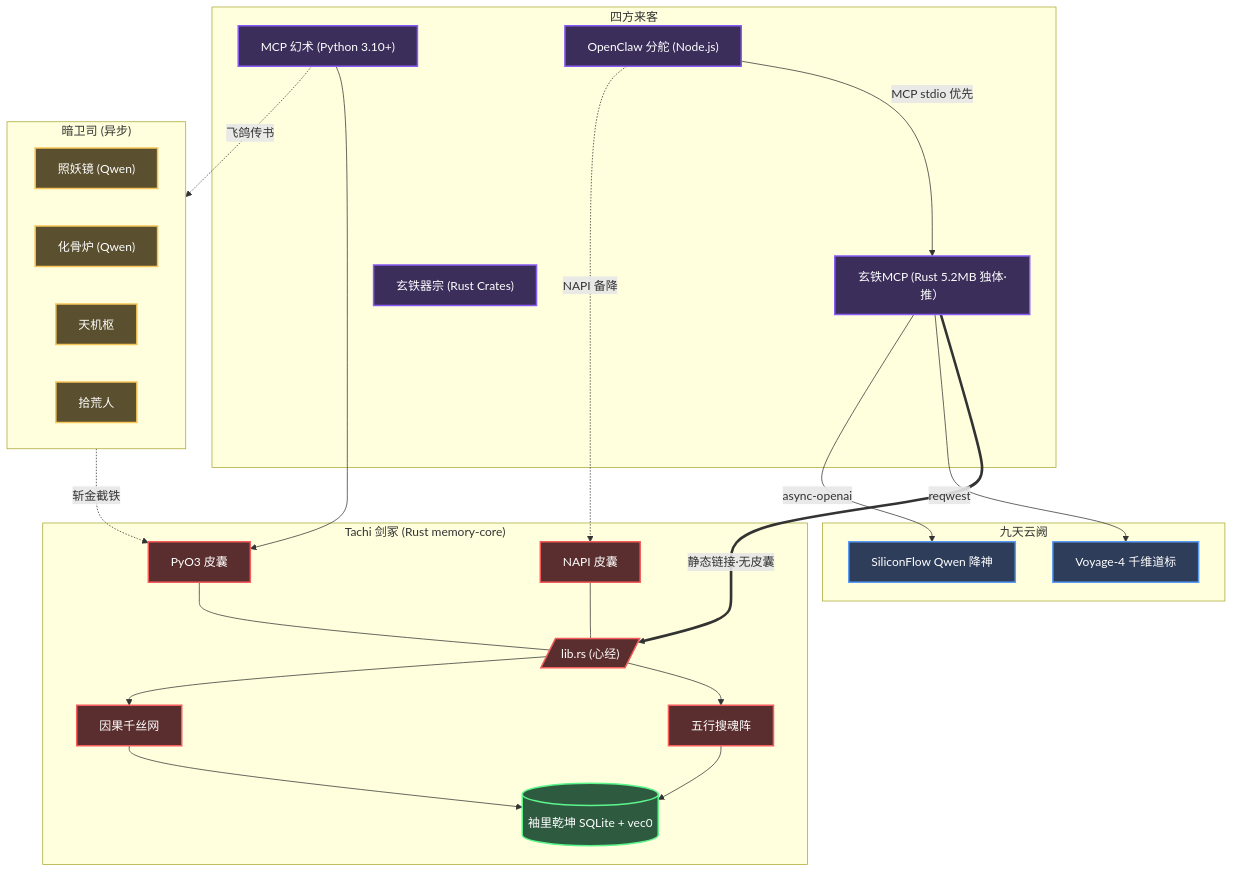
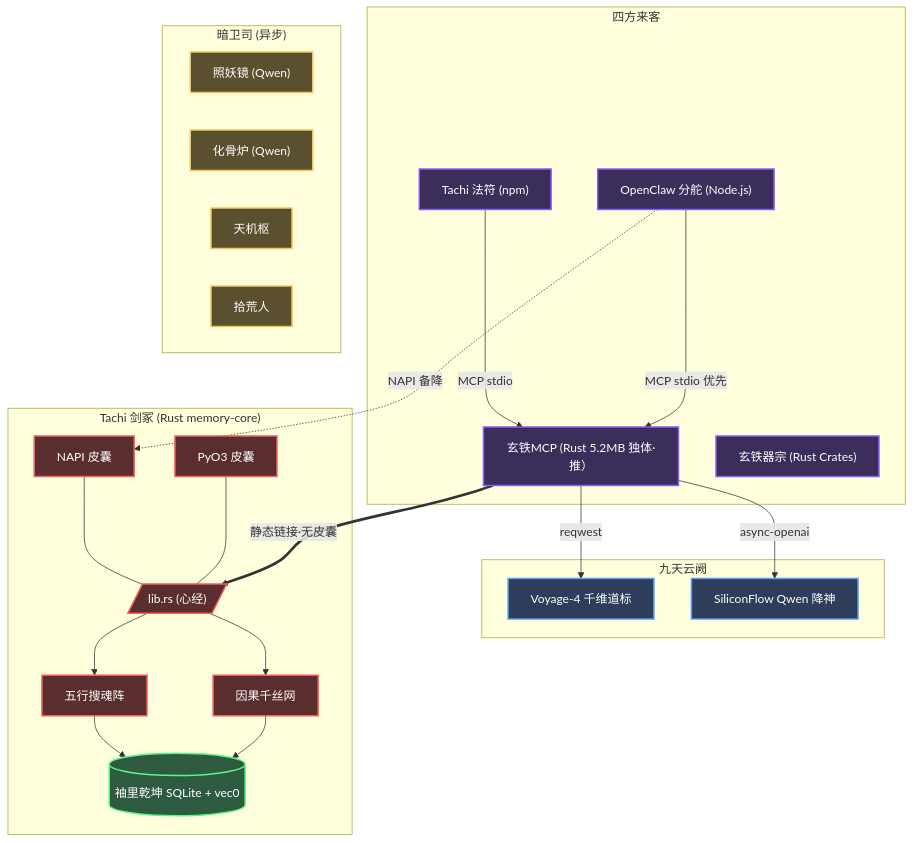
One commit to kckylechen1/tachi changed the diagram in README.md. Above: the diagram before and after it, drawn with Mermaid. The commit also changed other lines of this file and 4 other files, not shown here.

````diff
--- a/README.md
+++ b/README.md
@@ -214,56 +217,54 @@
 ```mermaid
 graph TD
     subgraph Clients["四方来客"]
-        MCP["MCP 幻术 (Python 3.10+)"]
+        CLI["Tachi 法符 (npm)"]
         RMCP["玄铁MCP (Rust 5.2MB 独体·推）"]
         OC["OpenClaw 分舵 (Node.js)"]
         NATIVE["玄铁器宗 (Rust Crates)"]
     end
 
     subgraph Cloud["九天云阙"]
         VOYAGE["Voyage-4 千维道标"]
         SILICON["SiliconFlow Qwen 降神"]
     end
 
     subgraph Operations["暗卫司 (异步)"]
         EXTRACT["照妖镜 (Qwen)"]
         DISTILL["化骨炉 (Qwen)"]
         CAUSAL["天机枢"]
         CONSOLIDATE["拾荒人"]
     end
 
     subgraph Core["Tachi 剑冢 (Rust memory-core)"]
         NAPI["NAPI 皮囊"]
         PYO3["PyO3 皮囊"]
 
         NAPI --- LIB[/"lib.rs (心经)"/]
         PYO3 --- LIB
 
         LIB --> SEARCH["五行搜魂阵"]
         LIB --> GRAPH["因果千丝网"]
 
         SEARCH --> SQLITE[("袖里乾坤 SQLite + vec0")]
         GRAPH --> SQLITE
     end
 
     RMCP ==>|"静态链接·无皮囊"| LIB
     RMCP -->|"reqwest"| VOYAGE
     RMCP -->|"async-openai"| SILICON
-    MCP --> PYO3
+    CLI -->|"MCP stdio"| RMCP
     OC -->|"MCP stdio 优先"| RMCP
     OC -.->|"NAPI 备降"| NAPI
-    MCP -.->|"飞鸽传书"| Operations
-    Operations -.->|"斩金截铁"| PYO3
 
     classDef client fill:#3b2e5a,stroke:#8a5cf5,stroke-width:2px,color:#fff;
     classDef cloud fill:#2e3d5a,stroke:#5a9cf5,stroke-width:2px,color:#fff;
     classDef worker fill:#5a4f2e,stroke:#f5c55a,stroke-width:2px,color:#fff;
     classDef rust fill:#5a2e2e,stroke:#f55c5c,stroke-width:2px,color:#fff;
     classDef db fill:#2e5a40,stroke:#5cf58a,stroke-width:2px,color:#fff;
 
-    class MCP,RMCP,OC,NATIVE client;
+    class CLI,RMCP,OC,NATIVE client;
     class VOYAGE,SILICON cloud;
     class EXTRACT,DISTILL,CAUSAL,CONSOLIDATE worker;
     class NAPI,PYO3,LIB,SEARCH,GRAPH rust;
     class SQLITE db;
 ```
````
